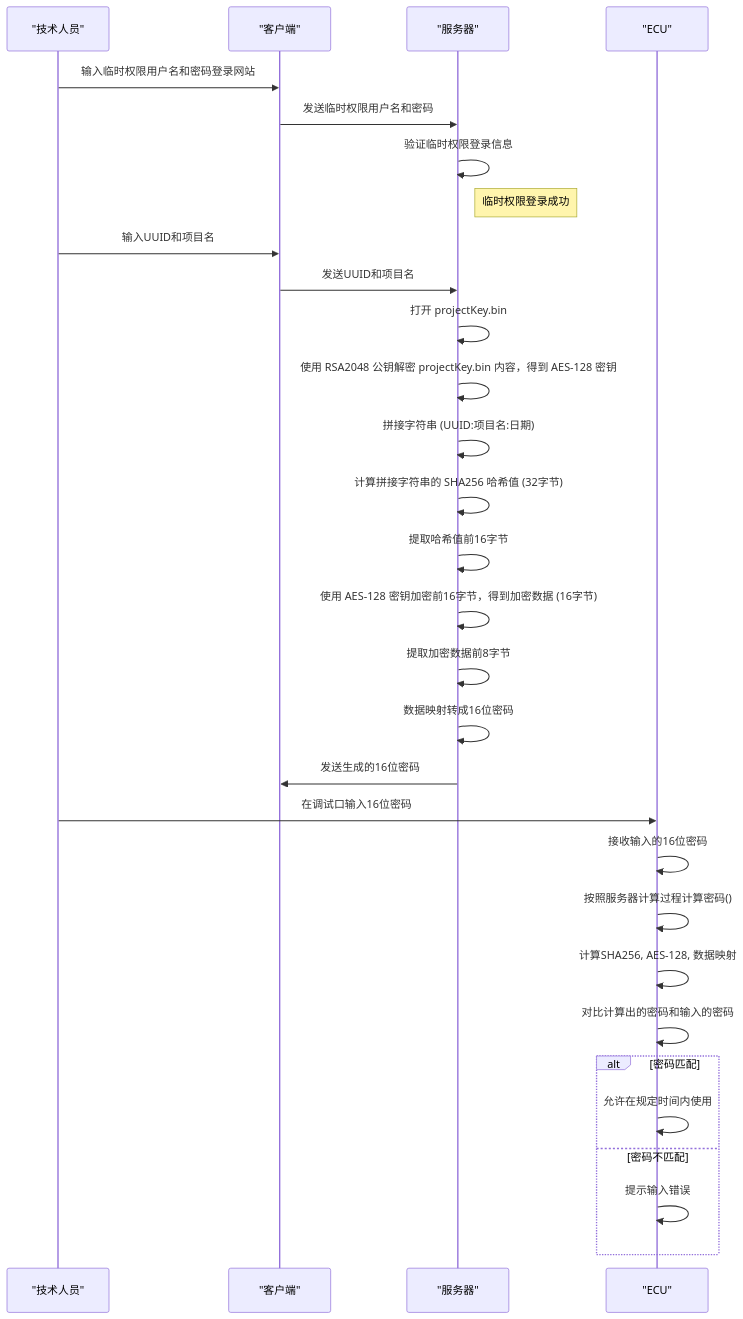
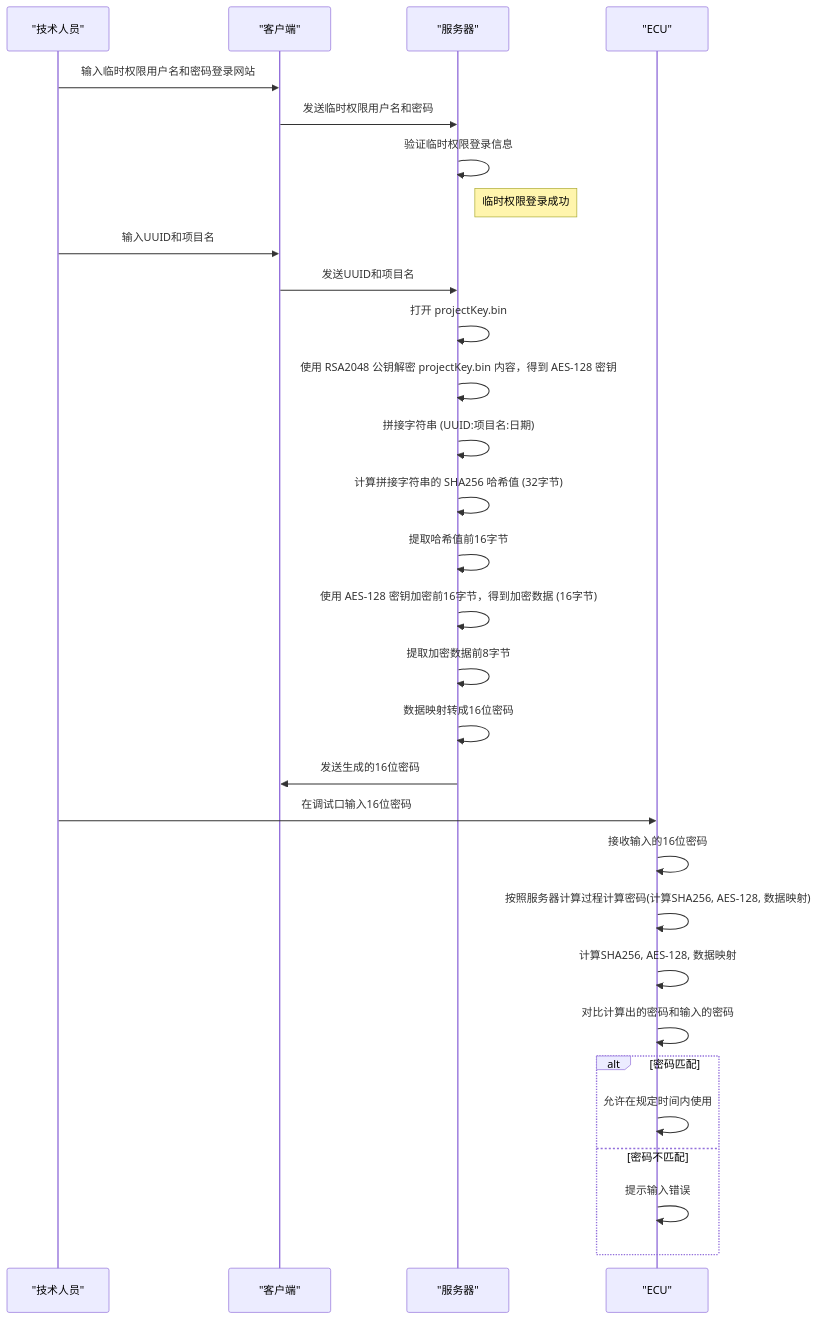
One commit to facebook-cloud/iodraw-files changed the diagram in all/未命名-6.md. Above: the diagram before and after it, drawn with Mermaid.

Commit message:
2026-01-05 20:19:56 update

````diff
--- a/all/未命名-6.md
+++ b/all/未命名-6.md
@@ -1,42 +1,42 @@
 ```mermaid
 sequenceDiagram
     participant Technician as "技术人员"
     participant Client as "客户端"
     participant Server as "服务器"
     participant ECU as "ECU"
 
     Technician->>Client: 输入临时权限用户名和密码登录网站
     Client->>Server: 发送临时权限用户名和密码
 
     Server->>Server: 验证临时权限登录信息
     Note right of Server: 临时权限登录成功
 
     Technician->>Client: 输入UUID和项目名
     Client->>Server: 发送UUID和项目名
 
     Server->>Server: 打开 projectKey.bin
     Server->>Server: 使用 RSA2048 公钥解密 projectKey.bin 内容，得到 AES-128 密钥
 
     Server->>Server: 拼接字符串 (UUID:项目名:日期)
     Server->>Server: 计算拼接字符串的 SHA256 哈希值 (32字节)
     Server->>Server: 提取哈希值前16字节
     Server->>Server: 使用 AES-128 密钥加密前16字节，得到加密数据 (16字节)
     Server->>Server: 提取加密数据前8字节
     Server->>Server: 数据映射转成16位密码
 
     Server->>Client: 发送生成的16位密码
 
     Technician->>ECU: 在调试口输入16位密码
 
     ECU->>ECU: 接收输入的16位密码
-    ECU->>ECU: 按照服务器计算过程计算密码()
-    ECU->>ECU: 计算SHA256, AES-128, 数据映射
+    ECU->>ECU: 按照服务器计算过程计算密码(计算SHA256, AES-128, 数据映射)
+;    ECU->>ECU: 计算SHA256, AES-128, 数据映射
 
     ECU->>ECU: 对比计算出的密码和输入的密码
     alt 密码匹配
         ECU->>ECU: 允许在规定时间内使用
     else 密码不匹配
         ECU->>ECU: 提示输入错误
     end
 
 ```
````
